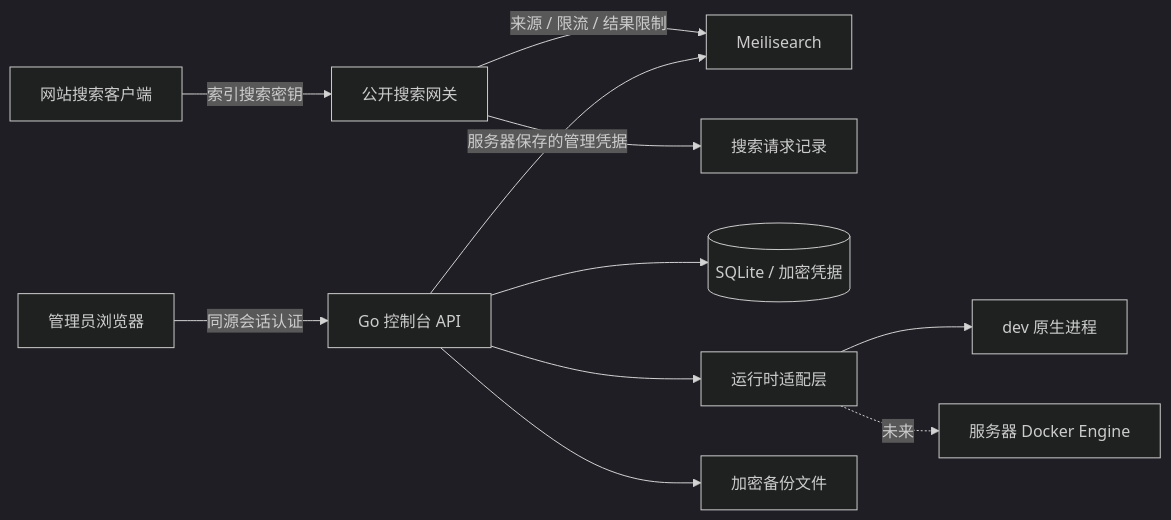
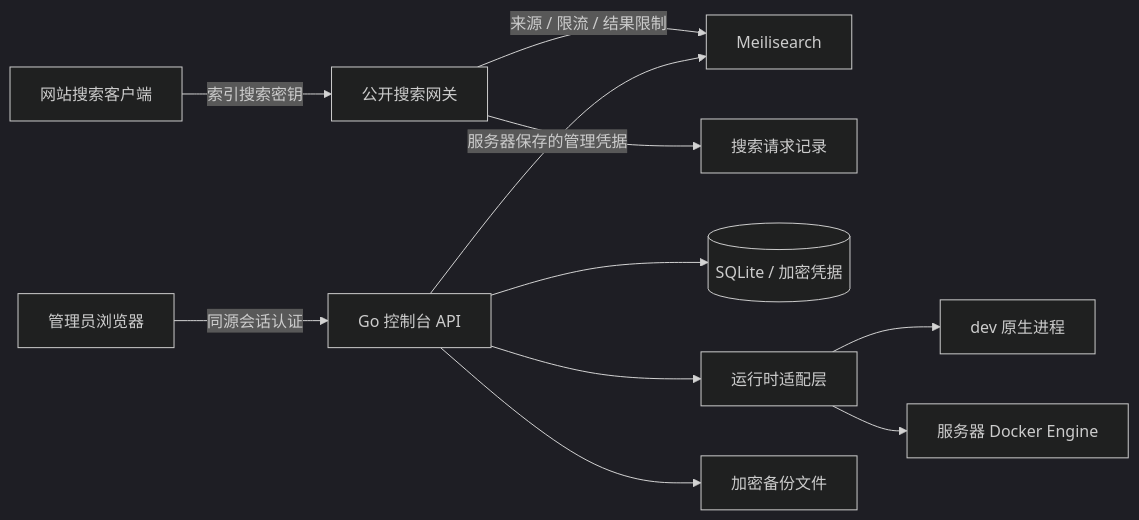
Before and after one commit to Robert-Stackflow/OneSearch: the first of 3 diagrams in docs/design.md, drawn with Mermaid (dark theme). The commit also changed other lines of this file and 31 other files, not shown here.

````diff
--- a/docs/design.md
+++ b/docs/design.md
@@ -8,13 +7,13 @@
 ```mermaid
 flowchart LR
   Admin[管理员浏览器] -->|同源会话认证| API[Go 控制台 API]
   Site[网站搜索客户端] -->|索引搜索密钥| Gateway[公开搜索网关]
   Gateway -->|来源 / 限流 / 结果限制| Engine[Meilisearch]
   Gateway --> History[搜索请求记录]
   API --> DB[(SQLite / 加密凭据)]
   API --> Runtime[运行时适配层]
   API -->|服务器保存的管理凭据| Engine
   Runtime --> Native[dev 原生进程]
-  Runtime -.未来.-> Docker[服务器 Docker Engine]
+  Runtime --> Docker[服务器 Docker Engine]
   API --> Backup[加密备份文件]
 ```
````
